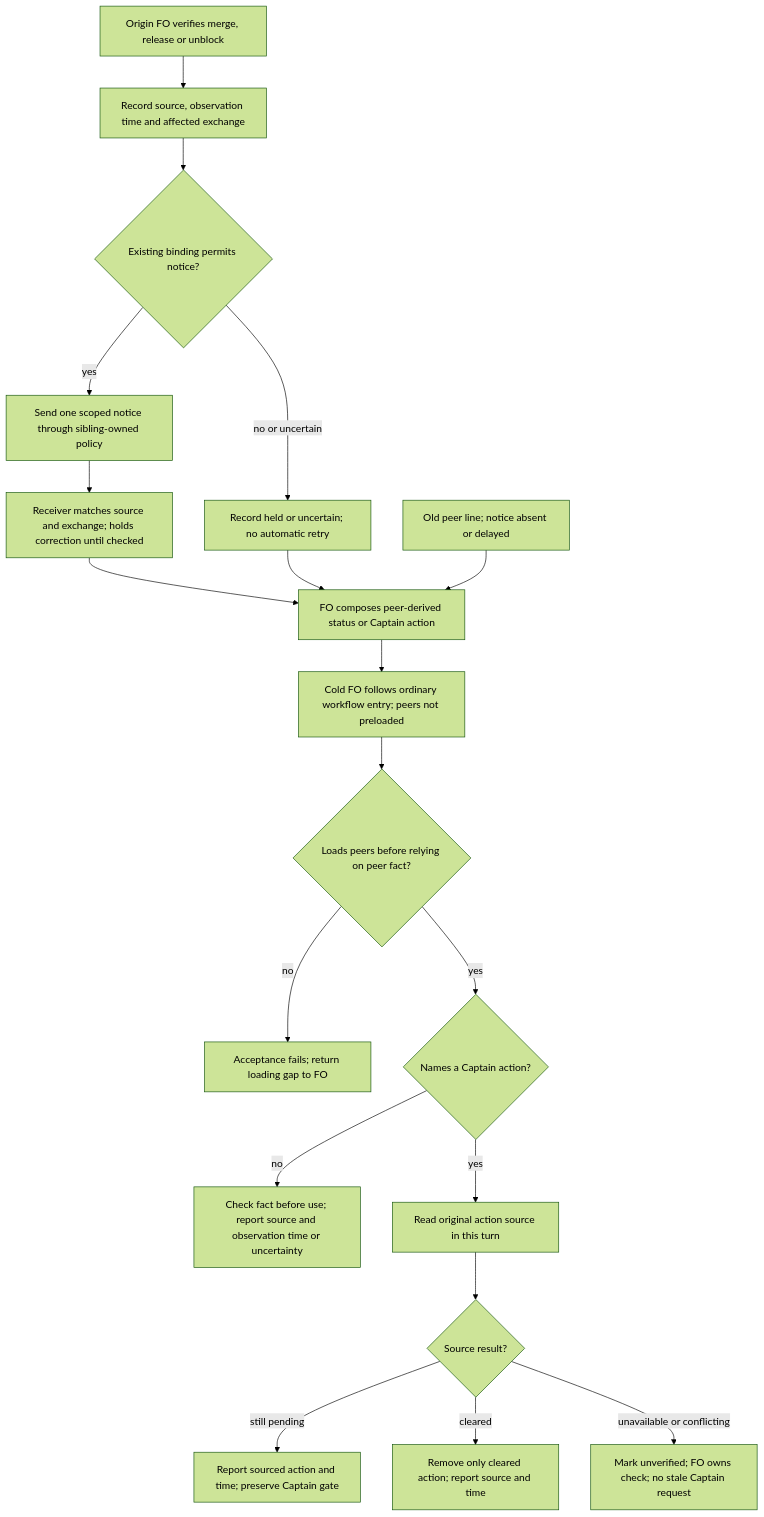
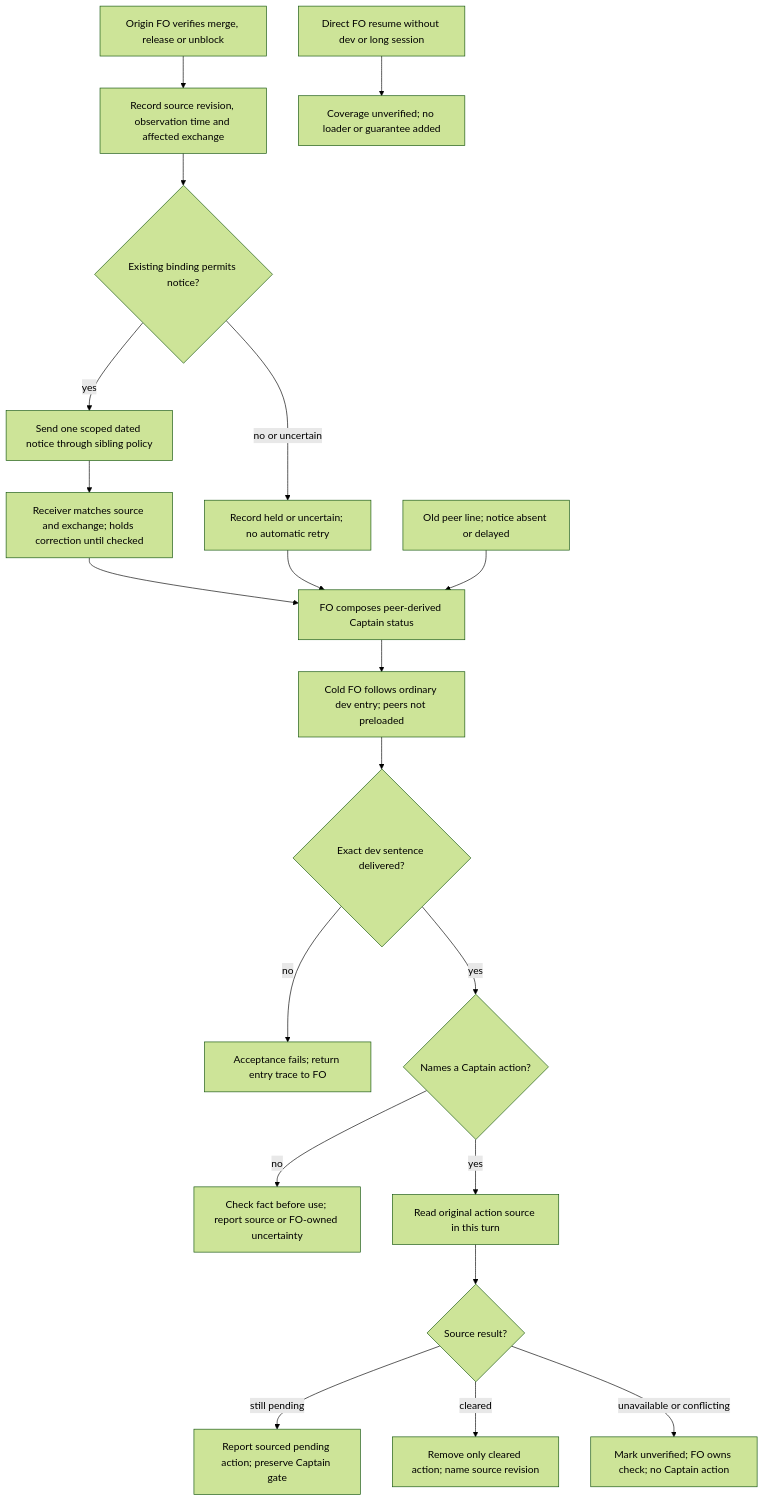
One commit to iamcxa/kc-claude-plugins changed the diagram in peer-status-reaches-fresh.md. Above: the diagram before and after it, drawn with Mermaid (forest theme). The commit also changed other lines of this file, not shown here.

Commit message:
docs(dev2): apply peer freshness amendment 3

````diff
--- a/peer-status-reaches-fresh.md
+++ b/peer-status-reaches-fresh.md
@@ -163,21 +170,22 @@
 ```mermaid
 flowchart TD
-    O[Origin FO verifies merge, release or unblock] --> R[Record source, observation time and affected exchange]
+    O[Origin FO verifies merge, release or unblock] --> R[Record source revision, observation time and affected exchange]
     R --> A{Existing binding permits notice?}
     A -->|no or uncertain| H[Record held or uncertain; no automatic retry]
-    A -->|yes| N[Send one scoped notice through sibling-owned policy]
+    A -->|yes| N[Send one scoped dated notice through sibling policy]
     N --> I[Receiver matches source and exchange; holds correction until checked]
-    I --> F[FO composes peer-derived status or Captain action]
+    I --> F[FO composes peer-derived Captain status]
     H --> F
     L[Old peer line; notice absent or delayed] --> F
-    F --> B[Cold FO follows ordinary workflow entry; peers not preloaded]
-    B --> C{Loads peers before relying on peer fact?}
-    C -->|no| X[Acceptance fails; return loading gap to FO]
+    F --> B[Cold FO follows ordinary dev entry; peers not preloaded]
+    B --> C{Exact dev sentence delivered?}
+    C -->|no| X[Acceptance fails; return entry trace to FO]
     C -->|yes| J{Names a Captain action?}
-    J -->|no| T[Check fact before use; report source and observation time or uncertainty]
+    J -->|no| T[Check fact before use; report source or FO-owned uncertainty]
     J -->|yes| S[Read original action source in this turn]
     S --> D{Source result?}
-    D -->|still pending| P[Report sourced action and time; preserve Captain gate]
-    D -->|cleared| E[Remove only cleared action; report source and time]
-    D -->|unavailable or conflicting| V[Mark unverified; FO owns check; no stale Captain request]
+    D -->|still pending| P[Report sourced pending action; preserve Captain gate]
+    D -->|cleared| E[Remove only cleared action; name source revision]
+    D -->|unavailable or conflicting| V[Mark unverified; FO owns check; no Captain action]
+    U[Direct FO resume without dev or long session] --> Z[Coverage unverified; no loader or guarantee added]
 ```
````
